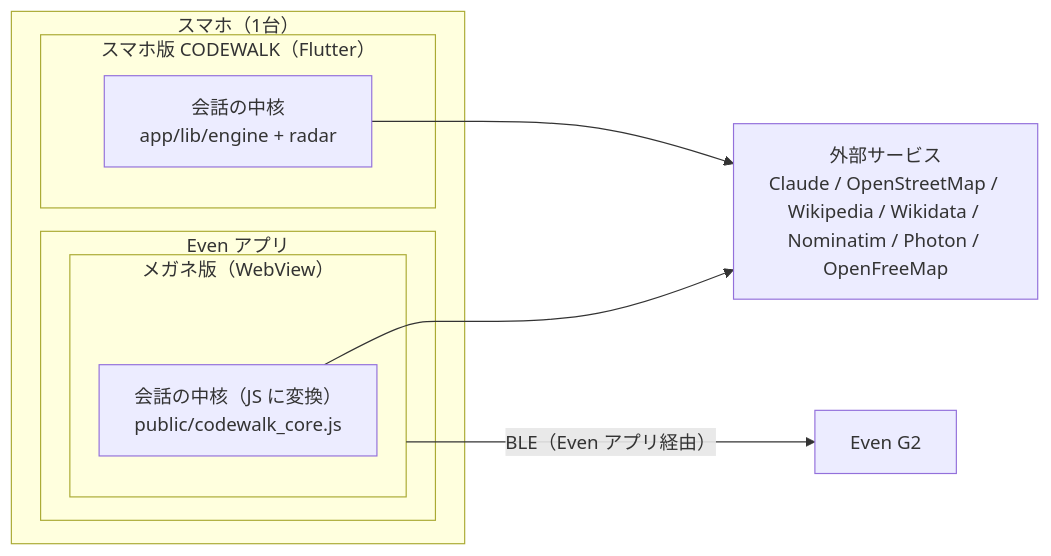
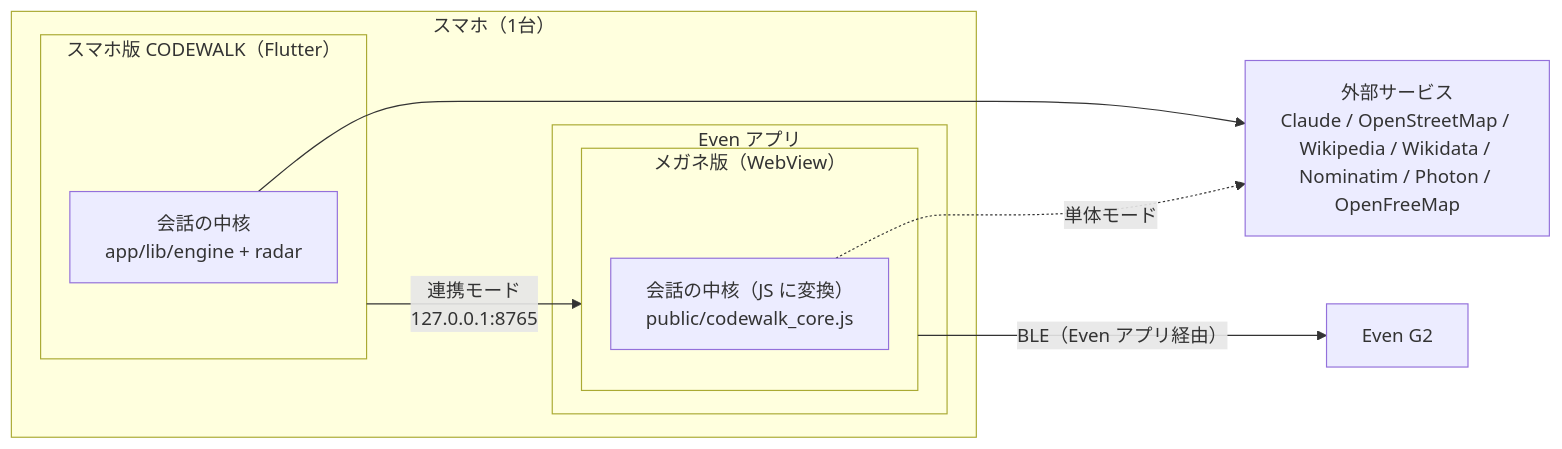
The first of 5 diagrams in design.md (dimethylether261/eveng2_codewalk), drawn with Mermaid before and after one commit. The commit also changed other lines of this file and 25 other files, not shown here.

````diff
--- a/design.md
+++ b/design.md
@@ -18,16 +18,17 @@
 ```mermaid
 flowchart LR
   subgraph phone["スマホ（1台）"]
     subgraph codewalk["スマホ版 CODEWALK（Flutter）"]
       core1["会話の中核<br/>app/lib/engine + radar"]
     end
     subgraph even["Even アプリ"]
       subgraph g2app["メガネ版（WebView）"]
         core2["会話の中核（JS に変換）<br/>public/codewalk_core.js"]
       end
     end
+    codewalk -- "連携モード<br/>127.0.0.1:8765" --> g2app
   end
   g2app -- "BLE（Even アプリ経由）" --> glasses["Even G2"]
   core1 --> ext["外部サービス<br/>Claude / OpenStreetMap / Wikipedia / Wikidata / Nominatim / Photon / OpenFreeMap"]
-  core2 --> ext
+  core2 -. "単体モード" .-> ext
 ```
````
